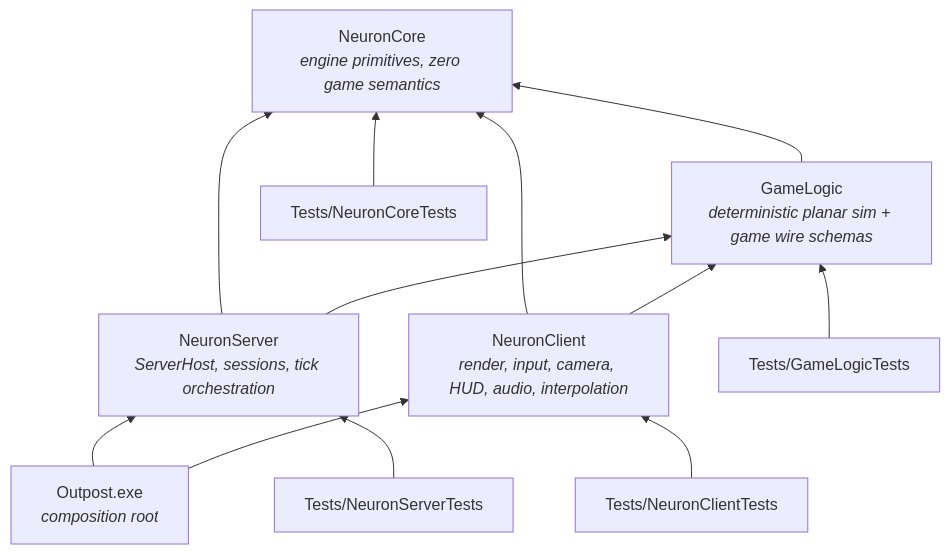
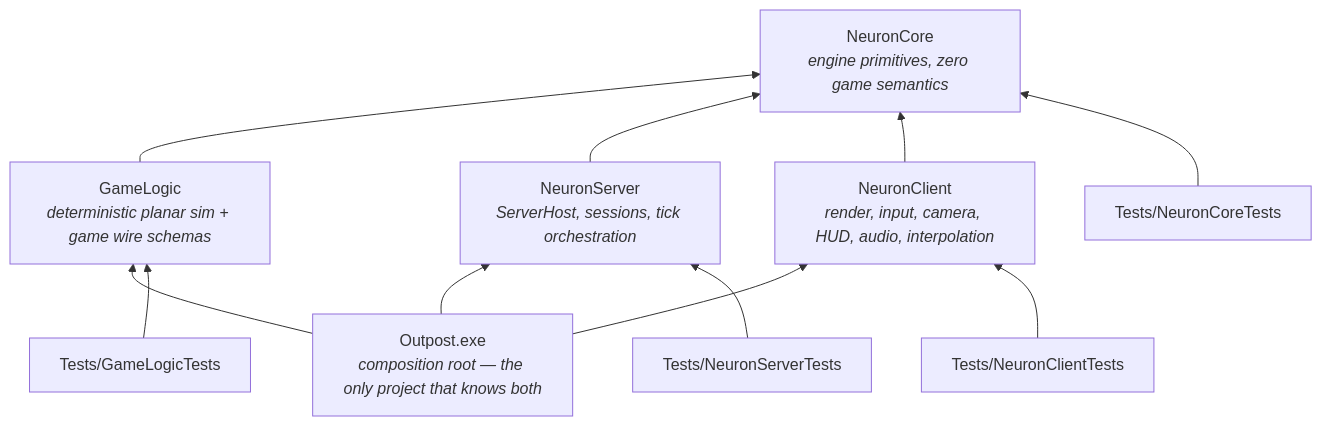
Before and after one commit to Zwaliebaba/Outpost.Frontier: the diagram in Design/Dependency-Map.md, drawn with Mermaid. The commit also changed other lines of this file and 9 other files, not shown here.

````diff
--- a/Design/Dependency-Map.md
+++ b/Design/Dependency-Map.md
@@ -11,15 +11,14 @@
 ```mermaid
 flowchart BT
     NC["NeuronCore<br/><i>engine primitives, zero game semantics</i>"]
     GL["GameLogic<br/><i>deterministic planar sim + game wire schemas</i>"] --> NC
     NS["NeuronServer<br/><i>ServerHost, sessions, tick orchestration</i>"] --> NC
-    NS --> GL
     NCL["NeuronClient<br/><i>render, input, camera, HUD, audio, interpolation</i>"] --> NC
-    NCL --> GL
-    EXE["Outpost.exe<br/><i>composition root</i>"] --> NS
+    EXE["Outpost.exe<br/><i>composition root — the only project that knows both</i>"] --> NS
     EXE --> NCL
+    EXE --> GL
     TGL["Tests/GameLogicTests"] --> GL
     TNC["Tests/NeuronCoreTests"] --> NC
     TNS["Tests/NeuronServerTests"] --> NS
     TNCL["Tests/NeuronClientTests"] --> NCL
 ```
````
